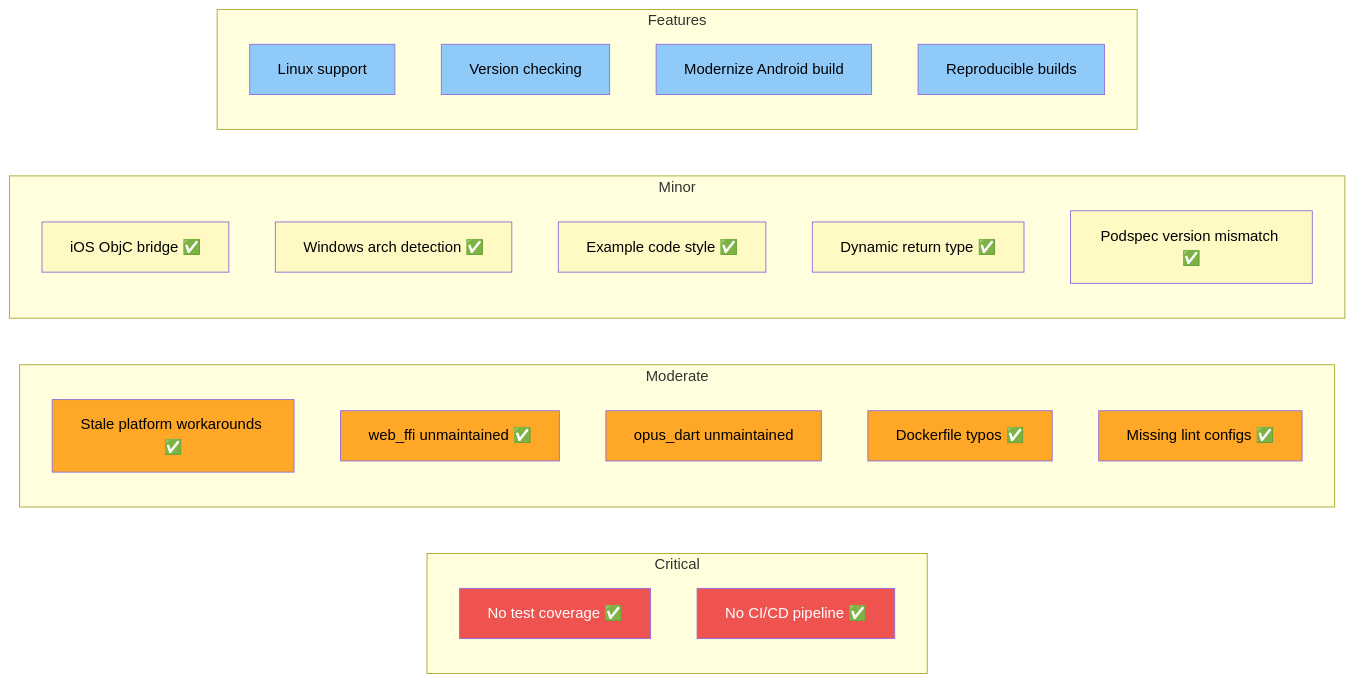
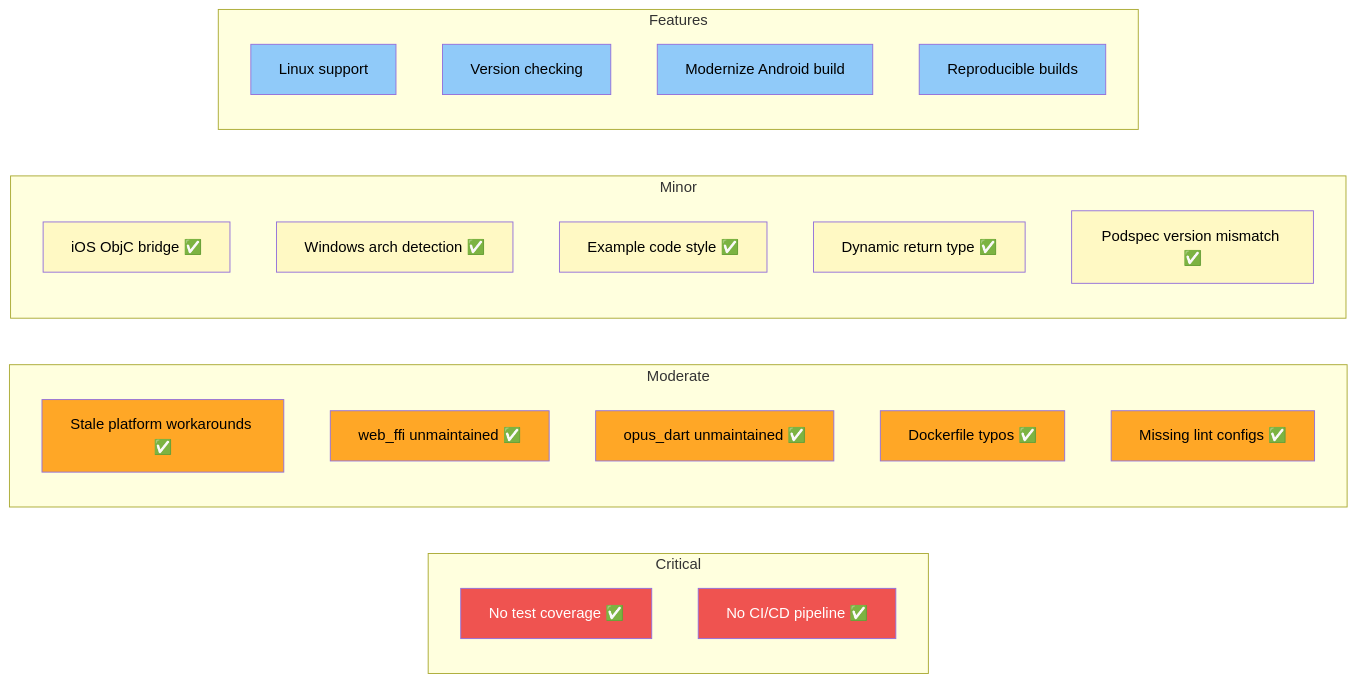
Before and after one commit to Corkscrews/opus_flutter: the diagram in docs/issues-and-improvements.md, drawn with Mermaid. The commit also changed other lines of this file and 5 other files, not shown here.

First line of the commit message:
Eliminate dynamic dispatch in opus_dart and update docs

````diff
--- a/docs/issues-and-improvements.md
+++ b/docs/issues-and-improvements.md
@@ -5,47 +5,47 @@
 ```mermaid
 graph LR
     subgraph Critical
         I1[No test coverage ✅]
         I2[No CI/CD pipeline ✅]
     end
 
     subgraph Moderate
         I3[Stale platform workarounds ✅]
         I4[web_ffi unmaintained ✅]
-        I5[opus_dart unmaintained]
+        I5[opus_dart unmaintained ✅]
         I6[Dockerfile typos ✅]
         I7[Missing lint configs ✅]
     end
 
     subgraph Minor
         I8[iOS ObjC bridge ✅]
         I9[Windows arch detection ✅]
         I10[Example code style ✅]
         I11[Dynamic return type ✅]
         I12[Podspec version mismatch ✅]
     end
 
     subgraph Features
         I13[Linux support]
         I14[Version checking]
         I15[Modernize Android build]
         I16[Reproducible builds]
     end
 
     style I1 fill:#ef5350,color:#fff
     style I2 fill:#ef5350,color:#fff
     style I3 fill:#ffa726,color:#000
     style I4 fill:#ffa726,color:#000
     style I5 fill:#ffa726,color:#000
     style I6 fill:#ffa726,color:#000
     style I7 fill:#ffa726,color:#000
     style I8 fill:#fff9c4,color:#000
     style I9 fill:#fff9c4,color:#000
     style I10 fill:#fff9c4,color:#000
     style I11 fill:#fff9c4,color:#000
     style I12 fill:#fff9c4,color:#000
     style I13 fill:#90caf9,color:#000
     style I14 fill:#90caf9,color:#000
     style I15 fill:#90caf9,color:#000
     style I16 fill:#90caf9,color:#000
 ```
````
